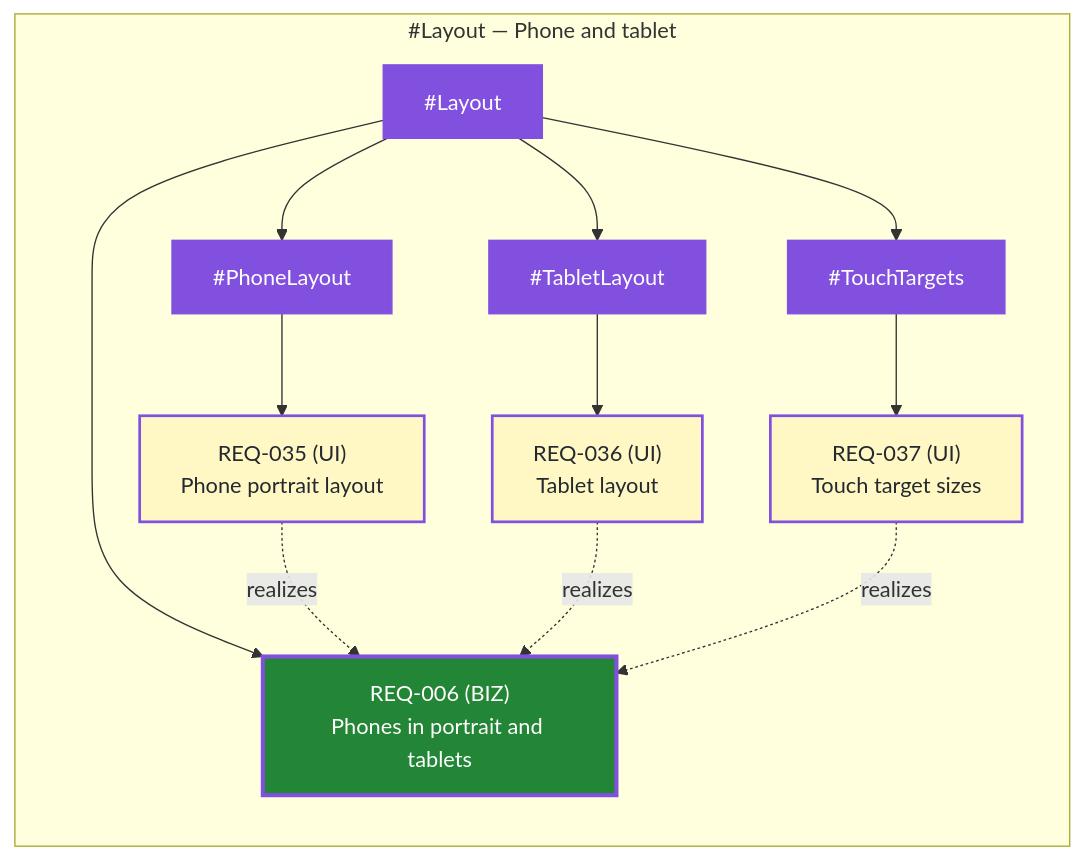
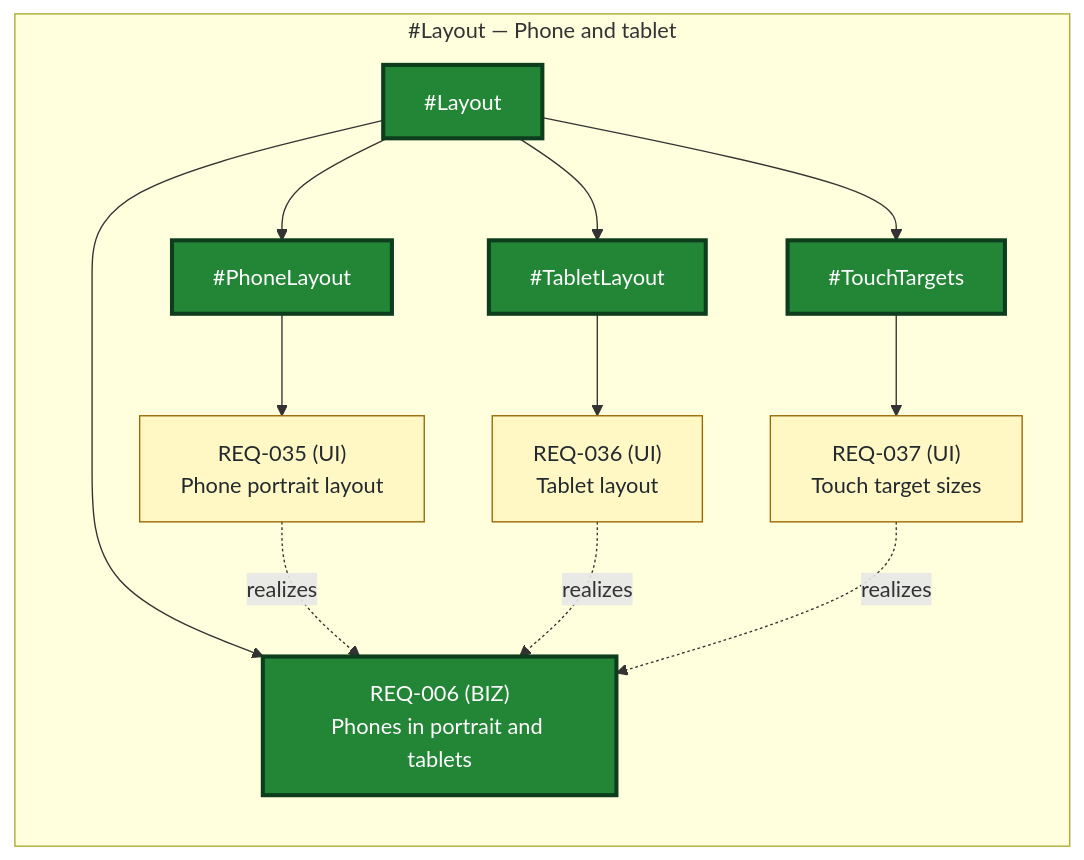
The diagram in Requirements/views/feature-map-Layout.md (jamisuni/TangramNoAds), drawn with Mermaid before and after one commit. The commit also changed 111 other files, not shown here.

````diff
--- a/Requirements/views/feature-map-Layout.md
+++ b/Requirements/views/feature-map-Layout.md
@@ -7,38 +7,38 @@
 ```mermaid
 flowchart LR
   subgraph sg_Layout ["#Layout — Phone and tablet"]
-    Layout["#Layout"]:::featAi
-    REQ-006["REQ-006 (BIZ)<br/>Phones in portrait and tablets"]:::bizAi
-    PhoneLayout["#PhoneLayout"]:::featAi
-    REQ-035["REQ-035 (UI)<br/>Phone portrait layout"]:::uiAi
-    TabletLayout["#TabletLayout"]:::featAi
-    REQ-036["REQ-036 (UI)<br/>Tablet layout"]:::uiAi
-    TouchTargets["#TouchTargets"]:::featAi
-    REQ-037["REQ-037 (UI)<br/>Touch target sizes"]:::uiAi
+    Layout["#Layout"]:::featLock
+    REQ-006["REQ-006 (BIZ)<br/>Phones in portrait and tablets"]:::biz
+    PhoneLayout["#PhoneLayout"]:::featLock
+    REQ-035["REQ-035 (UI)<br/>Phone portrait layout"]:::ui
+    TabletLayout["#TabletLayout"]:::featLock
+    REQ-036["REQ-036 (UI)<br/>Tablet layout"]:::ui
+    TouchTargets["#TouchTargets"]:::featLock
+    REQ-037["REQ-037 (UI)<br/>Touch target sizes"]:::ui
   end
   Layout --> REQ-006
   Layout --> PhoneLayout
   PhoneLayout --> REQ-035
   Layout --> TabletLayout
   TabletLayout --> REQ-036
   Layout --> TouchTargets
   TouchTargets --> REQ-037
   REQ-035 -.->|realizes| REQ-006
   REQ-036 -.->|realizes| REQ-006
   REQ-037 -.->|realizes| REQ-006
   classDef feat fill:#1f6feb,color:#fff,stroke:#1f6feb
   classDef featIdea fill:#dbe4f3,color:#24292f,stroke:#1f6feb,stroke-dasharray: 4 3
   classDef featSpec fill:#0d5c2f,color:#fff,stroke:#0d5c2f
   classDef featLock fill:#238636,color:#fff,stroke:#0d3d1c,stroke-width:3px
   classDef biz fill:#238636,color:#fff,stroke:#0d3d1c,stroke-width:3px
   classDef fun fill:#eef2f6,color:#24292f,stroke:#57606a
   classDef ui fill:#fff8c5,color:#24292f,stroke:#9a6700
   classDef bizInf fill:#238636,color:#fff,stroke:#cf222e,stroke-dasharray: 5 5
   classDef funInf fill:#eef2f6,color:#24292f,stroke:#cf222e,stroke-dasharray: 5 5
   classDef uiInf fill:#fff8c5,color:#24292f,stroke:#cf222e,stroke-dasharray: 5 5
   classDef withdrawn fill:#f6f8fa,color:#8c959f,stroke:#8c959f,stroke-dasharray: 2 2
   classDef featAi fill:#8250df,color:#fff,stroke:#8250df
   classDef bizAi fill:#238636,color:#fff,stroke:#8250df,stroke-width:3px
   classDef funAi fill:#eef2f6,color:#24292f,stroke:#8250df,stroke-width:2px
   classDef uiAi fill:#fff8c5,color:#24292f,stroke:#8250df,stroke-width:2px
 ```
````
